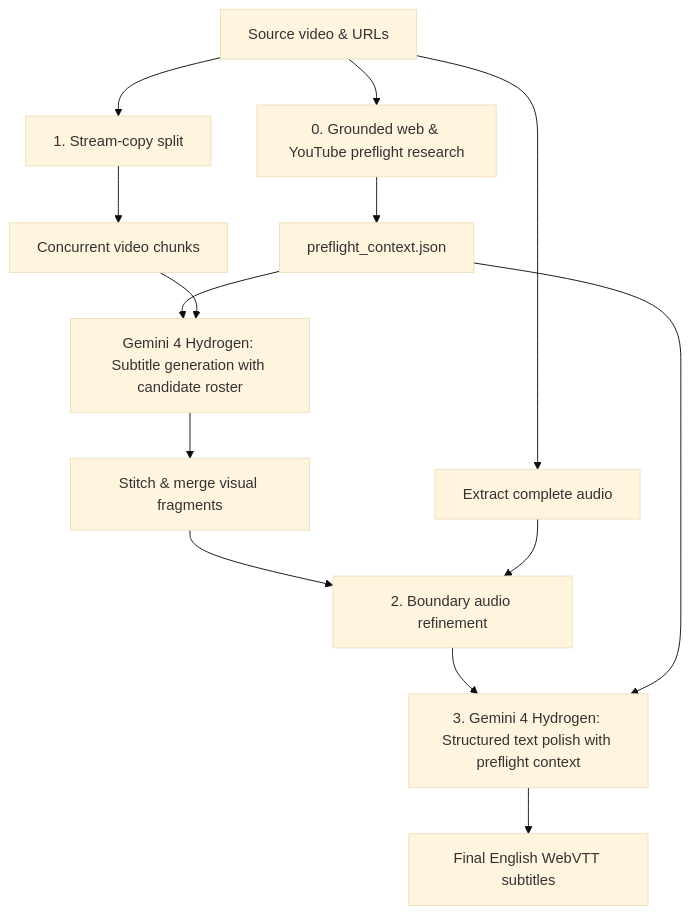
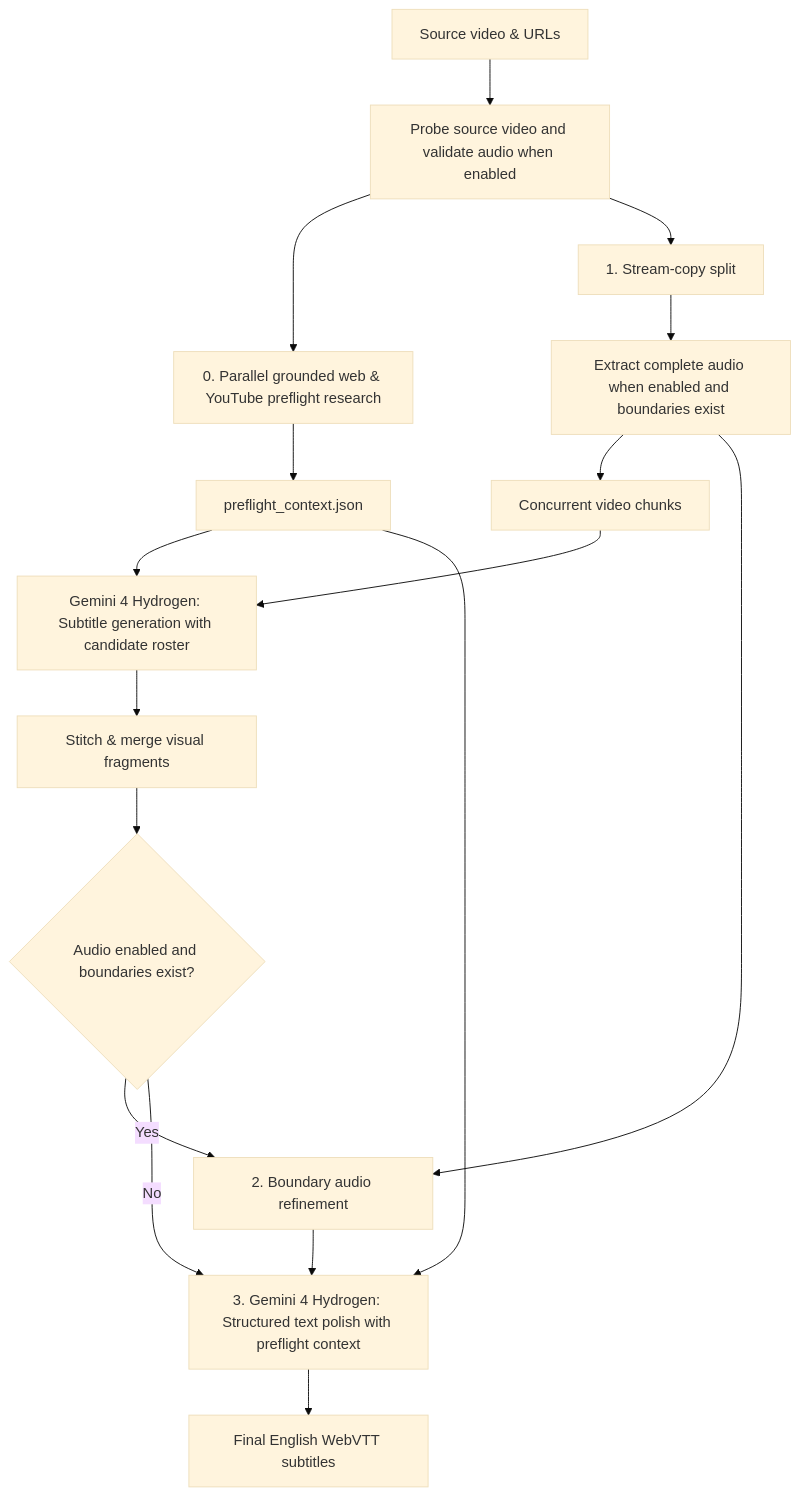
One commit to gotenksIN/video-subtitler changed the diagram in README.md. Above: the diagram before and after it, drawn with Mermaid (base theme). The commit also changed other lines of this file and 6 other files, not shown here.

````diff
--- a/README.md
+++ b/README.md
@@ -12,20 +12,21 @@
 ```mermaid
 flowchart TD
-    Video[Source video & URLs] --> Research[0. Grounded web & YouTube preflight research]
-    Video --> Audio[Extract complete audio]
-
+    Video[Source video & URLs] --> Validate[Probe source video and validate audio when enabled]
+    Validate --> Research[0. Parallel grounded web & YouTube preflight research]
     Research --> Context[preflight_context.json]
-    Video --> Split[1. Stream-copy split]
-
-    Split --> Chunks[Concurrent video chunks]
+    Validate --> Split[1. Stream-copy split]
+    Split --> Audio[Extract complete audio when enabled and boundaries exist]
+    Audio --> Chunks[Concurrent video chunks]
     Context --> FlashGen
     Chunks --> FlashGen[Gemini 4 Hydrogen: Subtitle generation with candidate roster]
     FlashGen --> Stitch[Stitch & merge visual fragments]
 
-    Stitch --> AudioPass[2. Boundary audio refinement]
+    Stitch --> Boundary{Audio enabled and boundaries exist?}
+    Boundary -->|Yes| AudioPass[2. Boundary audio refinement]
     Audio --> AudioPass
 
     AudioPass --> ProRefine[3. Gemini 4 Hydrogen: Structured text polish with preflight context]
+    Boundary -->|No| ProRefine
     Context --> ProRefine
     ProRefine --> Output[Final English WebVTT subtitles]
 ```
````
